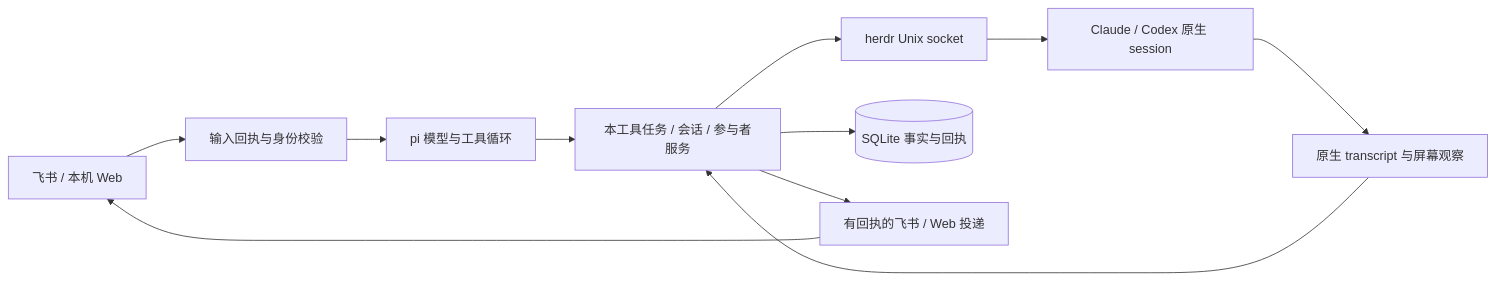
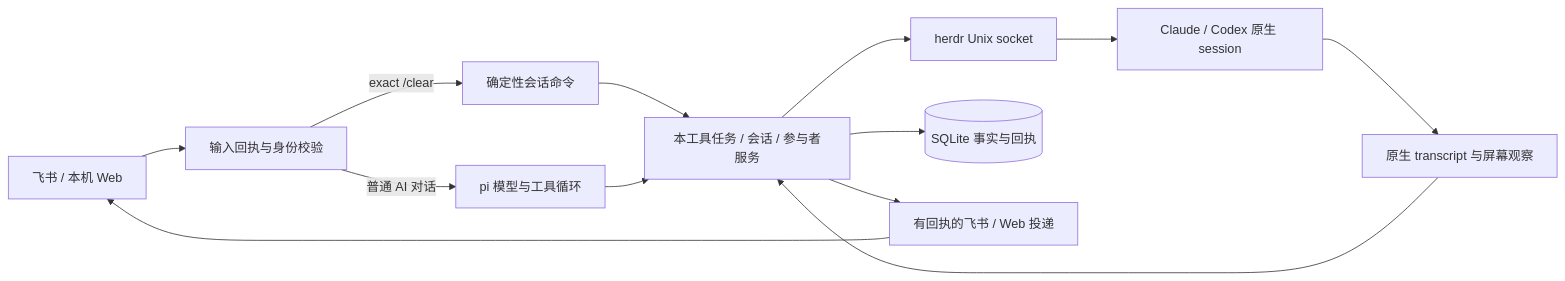
One commit to hewenyu/herdr-agent changed the diagram in docs/node-pi-design.md. Above: the diagram before and after it, drawn with Mermaid. The commit also changed other lines of this file and 8 other files, not shown here.

````diff
--- a/docs/node-pi-design.md
+++ b/docs/node-pi-design.md
@@ -15,13 +15,15 @@
 ```mermaid
 flowchart LR
   F[飞书 / 本机 Web] --> I[输入回执与身份校验]
-  I --> P[pi 模型与工具循环]
+  I -->|普通 AI 对话| P[pi 模型与工具循环]
+  I -->|exact /clear| S[确定性会话命令]
+  S --> T
   P --> T[本工具任务 / 会话 / 参与者服务]
   T --> H[herdr Unix socket]
   H --> C[Claude / Codex 原生 session]
   C --> O[原生 transcript 与屏幕观察]
   O --> T
   T --> D[(SQLite 事实与回执)]
   T --> R[有回执的飞书 / Web 投递]
   R --> F
 ```
````
